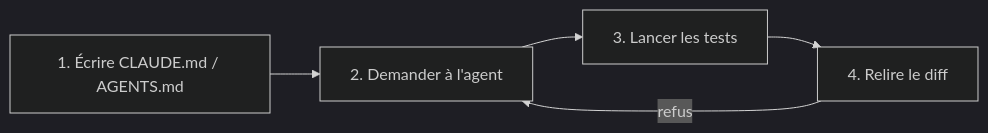
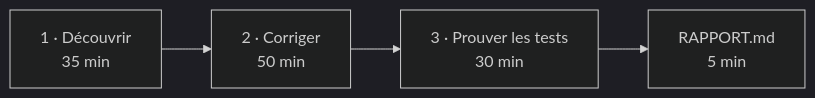
Before and after one commit to Red-center/formation-agentique: the diagram in guide.md, drawn with Mermaid (dark theme). The commit also changed other lines of this file and 31 other files, not shown here.

````diff
--- a/guide.md
+++ b/guide.md
@@ -25,5 +19,4 @@
 ```mermaid
 flowchart LR
-  E1["1. Écrire CLAUDE.md / AGENTS.md"] --> E2["2. Demander à l'agent"] --> E3["3. Lancer les tests"] --> E4["4. Relire le diff"]
-  E4 -- refus --> E2
+    C["1 · Découvrir<br/>35 min"] --> A["2 · Corriger<br/>50 min"] --> D["3 · Prouver les tests<br/>30 min"] --> R["RAPPORT.md<br/>5 min"]
 ```
````
